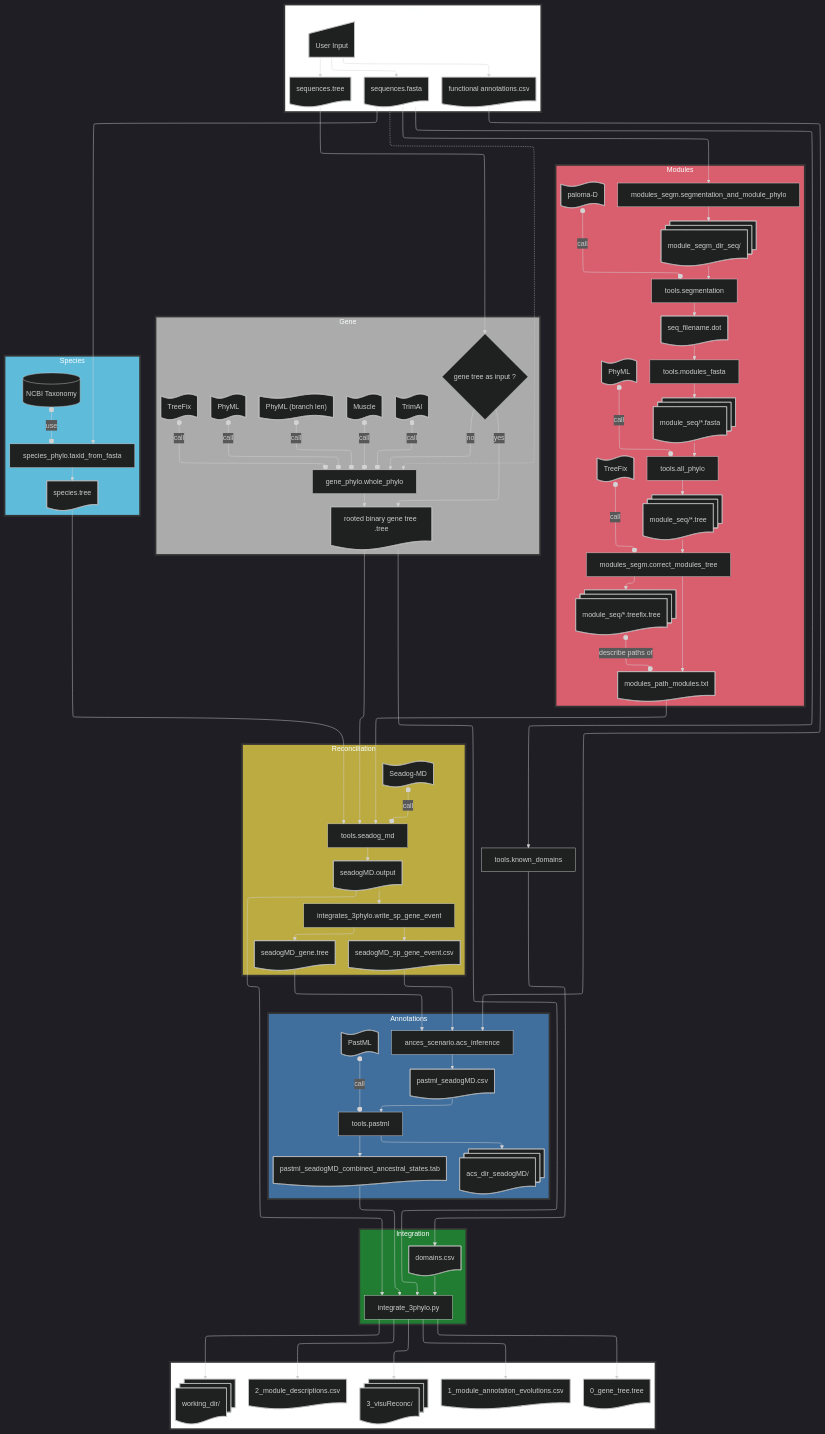
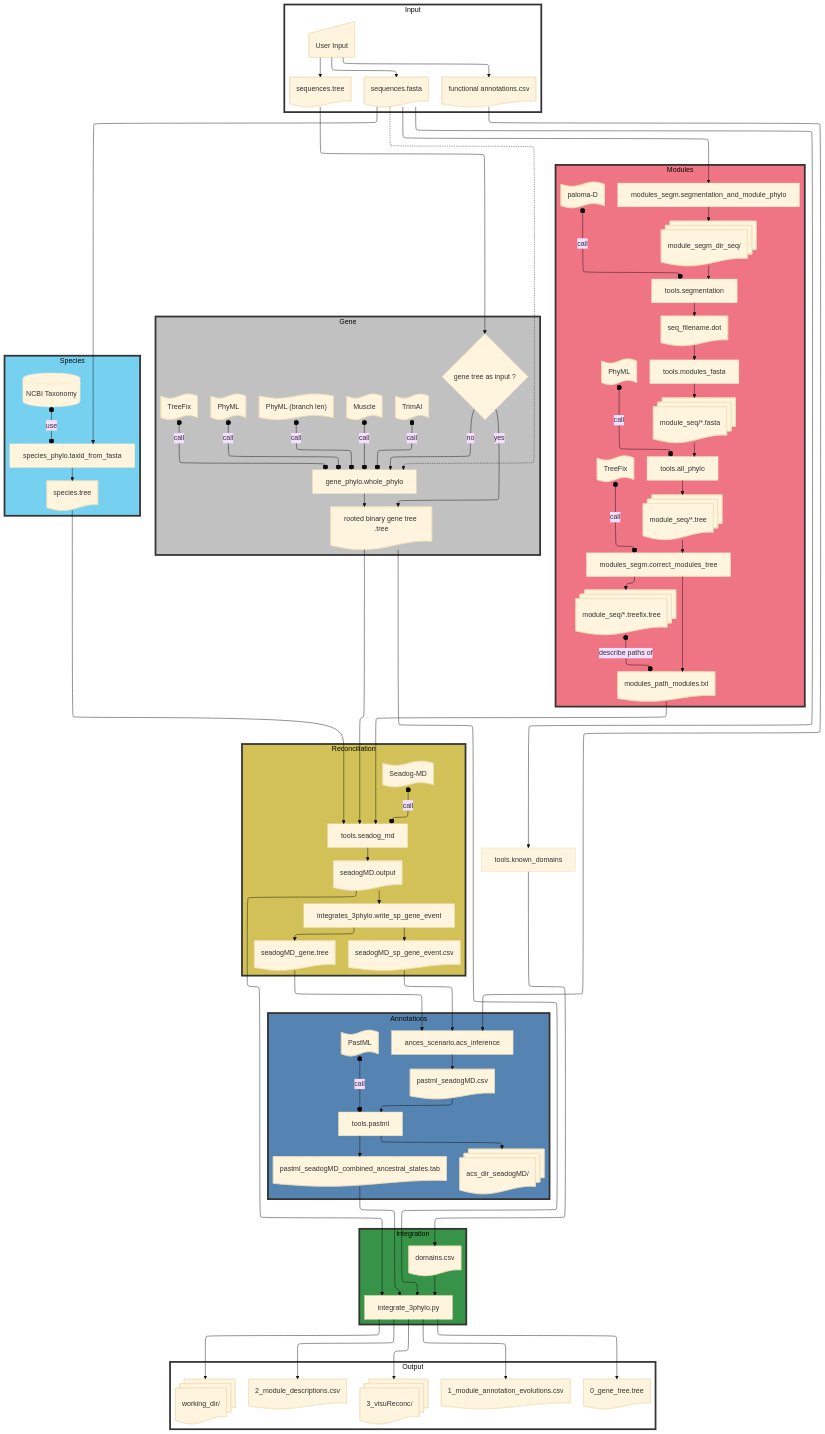
One commit to OcMalde/fuse-phylotree changed the diagram in README.md. Above: the diagram before and after it, drawn with Mermaid.

Commit message:
readme mermaid test

```diff
--- a/README.md
+++ b/README.md
@@ -23,8 +23,11 @@
   elk:
     nodePlacementStrategy: SIMPLE
   look: classic
-  theme: dark
-  fontSize: 50
+  theme: base
+  themeVariables:
+    primaryColor: #000000
+    lineColor: #000000
+    fontSize: 50
 ---
 flowchart TB
 
```
